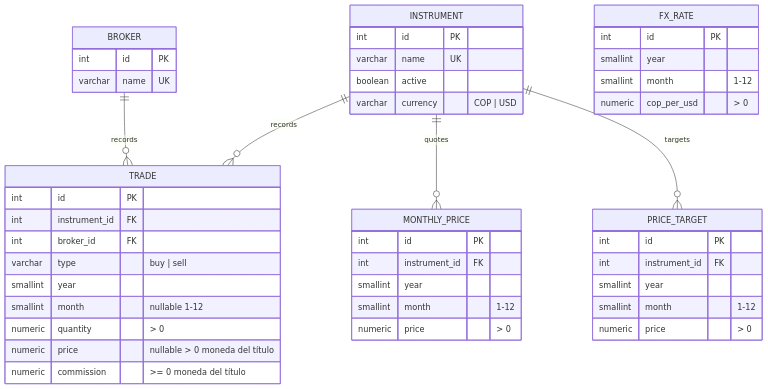
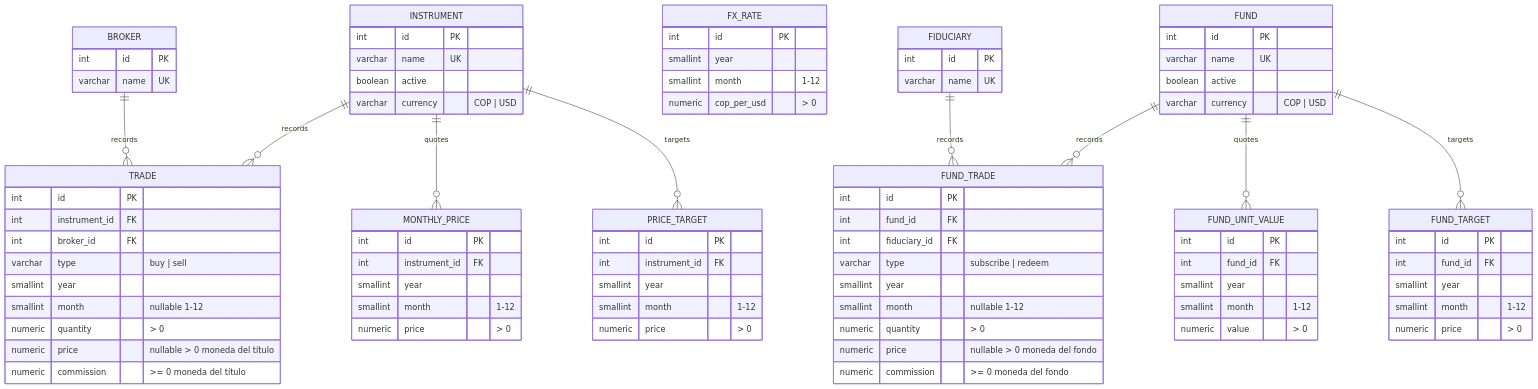
The second of 3 diagrams in README.es.md (sebasvalencia/stocks), drawn with Mermaid before and after one commit. The commit also changed other lines of this file and 37 other files, not shown here.

````diff
--- a/README.es.md
+++ b/README.es.md
@@ -256,4 +263,44 @@
   INSTRUMENT ||--o{ TRADE : records
   INSTRUMENT ||--o{ MONTHLY_PRICE : quotes
   INSTRUMENT ||--o{ PRICE_TARGET : targets
+  FIDUCIARY {
+    int id PK
+    varchar name UK
+  }
+  FUND {
+    int id PK
+    varchar name UK
+    boolean active
+    varchar currency "COP | USD"
+  }
+  FUND_TRADE {
+    int id PK
+    int fund_id FK
+    int fiduciary_id FK
+    varchar type "subscribe | redeem"
+    smallint year
+    smallint month "nullable 1-12"
+    numeric quantity "> 0"
+    numeric price "nullable > 0 moneda del fondo"
+    numeric commission ">= 0 moneda del fondo"
+  }
+  FUND_UNIT_VALUE {
+    int id PK
+    int fund_id FK
+    smallint year
+    smallint month "1-12"
+    numeric value "> 0"
+  }
+  FUND_TARGET {
+    int id PK
+    int fund_id FK
+    smallint year
+    smallint month "1-12"
+    numeric price "> 0"
+  }
+
+  FIDUCIARY ||--o{ FUND_TRADE : records
+  FUND ||--o{ FUND_TRADE : records
+  FUND ||--o{ FUND_UNIT_VALUE : quotes
+  FUND ||--o{ FUND_TARGET : targets
 ```
````
